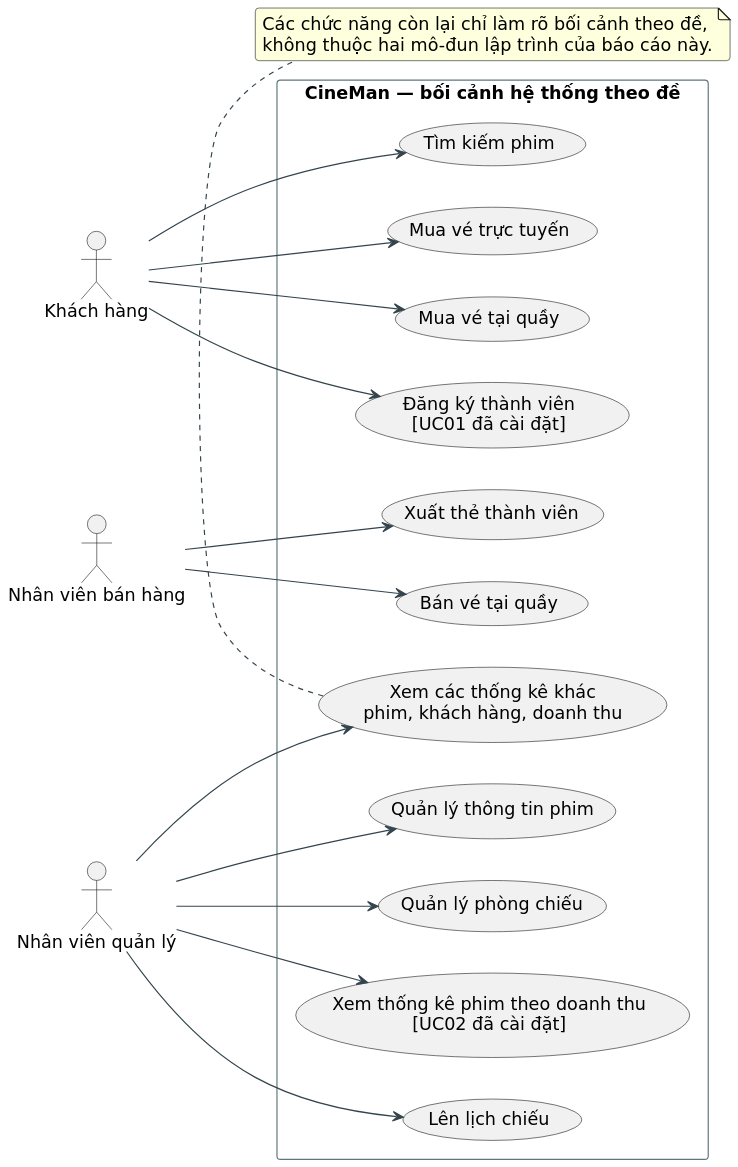
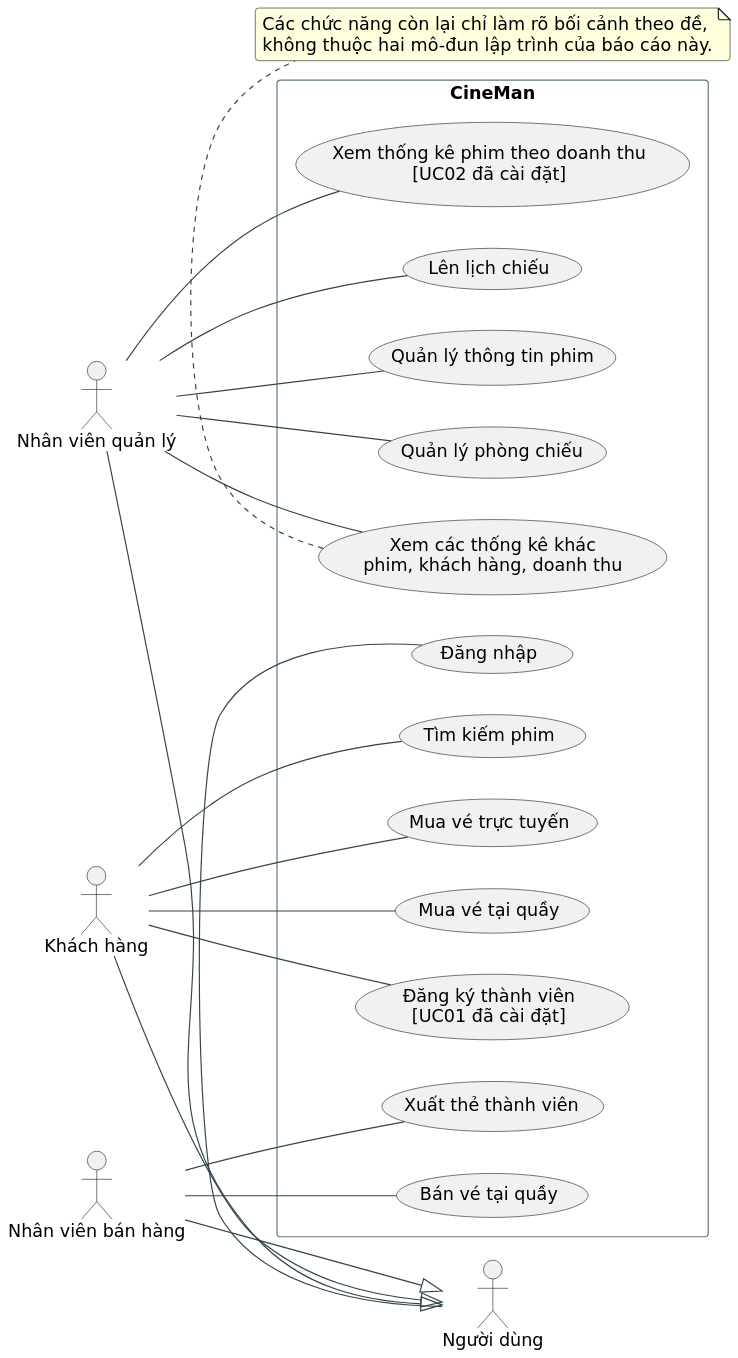
The diagram in uml/dac-ta/00-system-overview.puml (tinhatinh/PTTK), drawn with PlantUML before and after one commit. The commit also changed 97 other files, not shown here.

Commit message:
Finalize CineMan analysis design diagrams and report

```diff
--- a/uml/dac-ta/00-system-overview.puml
+++ b/uml/dac-ta/00-system-overview.puml
@@ -1,46 +1,52 @@
 @startuml 00-system-overview
 skinparam defaultFontName DejaVu Sans
 skinparam defaultFontSize 15
 skinparam shadowing false
 skinparam backgroundColor white
 skinparam ArrowColor #33444C
 skinparam classBackgroundColor #F8FBFB
 skinparam classBorderColor #335D64
 skinparam packageBorderColor #60757D
 skinparam roundcorner 6
 skinparam dpi 150
 skinparam maxMessageSize 180
 hide empty members
 left to right direction
+actor "Người dùng" as U
 actor "Khách hàng" as C
 actor "Nhân viên bán hàng" as S
 actor "Nhân viên quản lý" as M
-rectangle "CineMan — bối cảnh hệ thống theo đề" {
+rectangle "CineMan" {
  usecase "Đăng ký thành viên\n[UC01 đã cài đặt]" as R
  usecase "Tìm kiếm phim" as F
  usecase "Mua vé trực tuyến" as O
  usecase "Mua vé tại quầy" as B
  usecase "Bán vé tại quầy" as T
  usecase "Xuất thẻ thành viên" as CARD
  usecase "Xem thống kê phim theo doanh thu\n[UC02 đã cài đặt]" as V
  usecase "Xem các thống kê khác\nphim, khách hàng, doanh thu" as OTHER
  usecase "Lên lịch chiếu" as SCH
  usecase "Quản lý thông tin phim" as MOV
  usecase "Quản lý phòng chiếu" as ROOM
+ usecase "Đăng nhập" as LOGIN
 }
-C --> R
-C --> F
-C --> O
-C --> B
-S --> T
-S --> CARD
-M --> V
-M --> OTHER
-M --> SCH
-M --> MOV
-M --> ROOM
+C --|> U
+S --|> U
+M --|> U
+U -- LOGIN
+C -- R
+C -- F
+C -- O
+C -- B
+S -- T
+S -- CARD
+M -- V
+M -- OTHER
+M -- SCH
+M -- MOV
+M -- ROOM
 note bottom of OTHER
 Các chức năng còn lại chỉ làm rõ bối cảnh theo đề,
 không thuộc hai mô-đun lập trình của báo cáo này.
 end note
 @enduml
```
